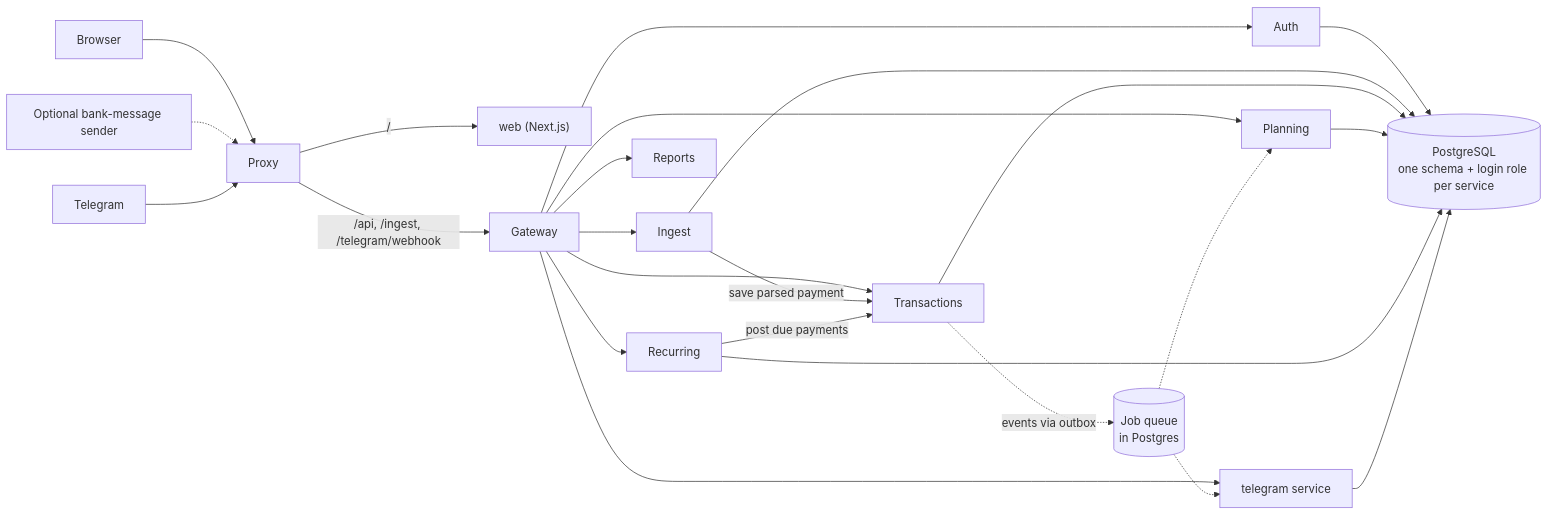
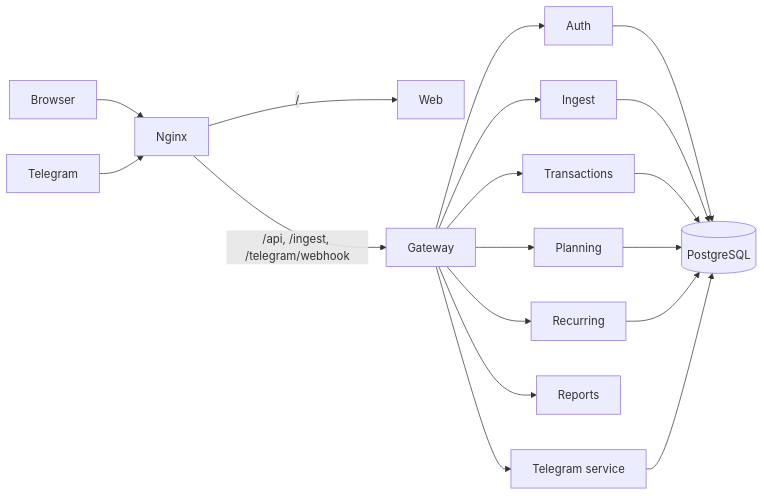
Before and after one commit to aayushsugandhi2703/LBStash: the diagram in README.md, drawn with Mermaid. The commit also changed other lines of this file and 360 other files, not shown here.

````diff
--- a/README.md
+++ b/README.md
@@ -26,21 +22,9 @@
 ```mermaid
 flowchart LR
-  Browser --> Proxy
-  Sender["Optional bank-message sender"] -.-> Proxy
-  Telegram --> Proxy
-  Proxy -->|"/"| Web["web (Next.js)"]
-  Proxy -->|"/api, /ingest, /telegram/webhook"| Gateway
-  Gateway --> Auth
-  Gateway --> Ingest
-  Gateway --> Transactions
-  Gateway --> Planning
-  Gateway --> Recurring
-  Gateway --> Reports
-  Gateway --> Tg["telegram service"]
-  Ingest -->|save parsed payment| Transactions
-  Transactions -.->|events via outbox| Q[("Job queue<br/>in Postgres")]
-  Q -.-> Planning
-  Q -.-> Tg
-  Recurring -->|post due payments| Transactions
-  Auth & Ingest & Transactions & Planning & Recurring & Tg --> DB[("PostgreSQL<br/>one schema + login role per service")]
+  Browser --> Nginx
+  Telegram --> Nginx
+  Nginx -->|"/"| Web
+  Nginx -->|"/api, /ingest, /telegram/webhook"| Gateway
+  Gateway --> Auth & Ingest & Transactions & Planning & Recurring & Reports & Tg["Telegram service"]
+  Auth & Ingest & Transactions & Planning & Recurring & Tg --> DB[("PostgreSQL")]
 ```
````
